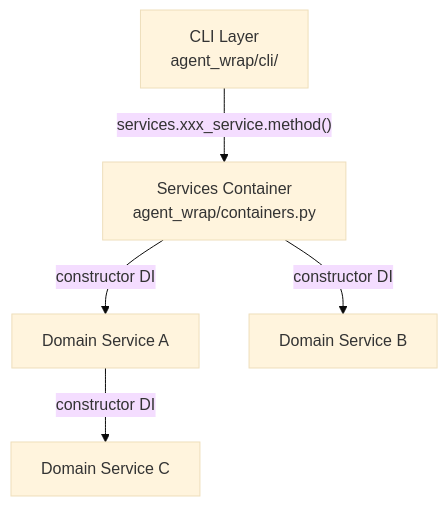
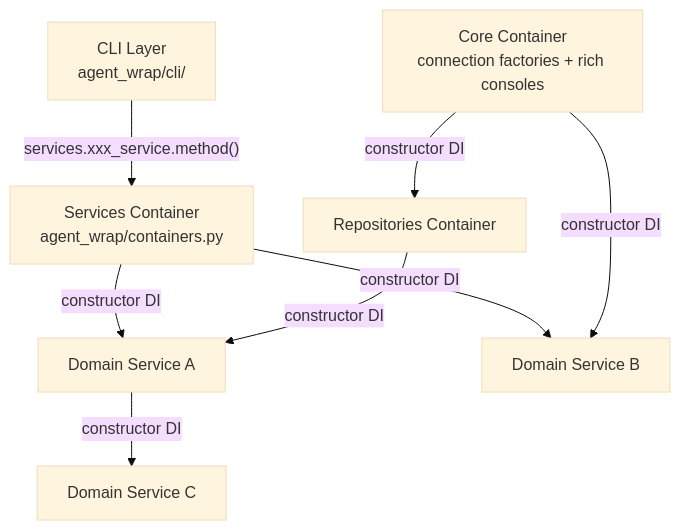
The diagram in docs/architecture.md (mayty/claude-agent-wrap), drawn with Mermaid (base theme) before and after one commit. The commit also changed other lines of this file and 269 other files, not shown here.

````diff
--- a/docs/architecture.md
+++ b/docs/architecture.md
@@ -39,7 +48,10 @@
 ```mermaid
 graph TD
     CLI["CLI Layer<br/>agent_wrap/cli/"] -->|"services.xxx_service.method()"| Container["Services Container<br/>agent_wrap/containers.py"]
     Container -->|"constructor DI"| SvcA["Domain Service A"]
     Container -->|"constructor DI"| SvcB["Domain Service B"]
     SvcA -->|"constructor DI"| SvcC["Domain Service C"]
+    Repos["Repositories Container"] -->|"constructor DI"| SvcA
+    Core["Core Container<br/>connection factories + rich consoles"] -->|"constructor DI"| Repos
+    Core -->|"constructor DI"| SvcB
 ```
````
